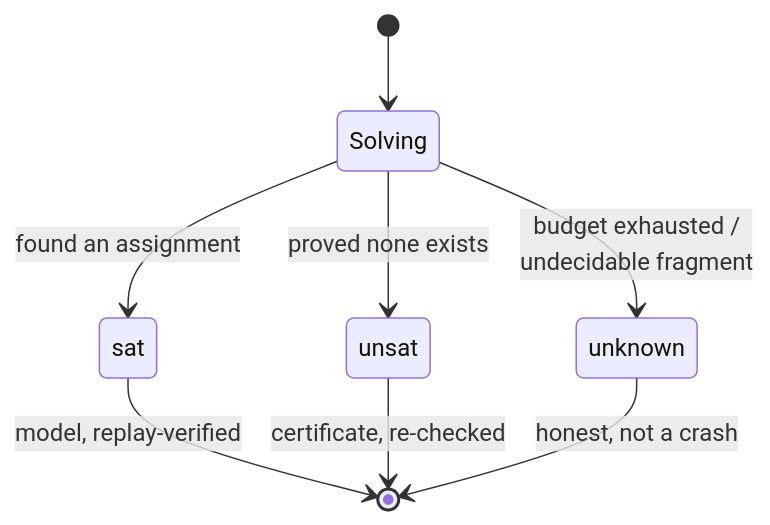
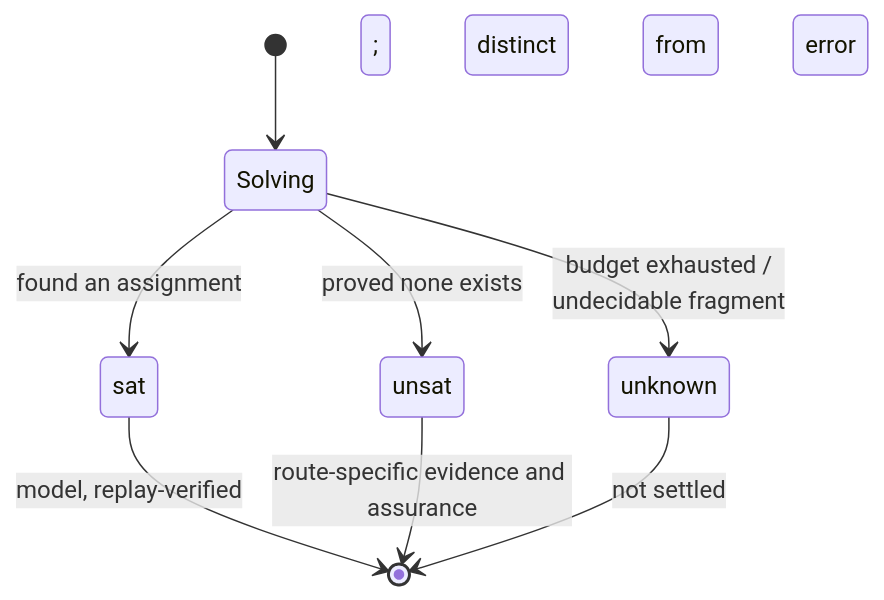
One commit to mjbommar/axeyum changed the first of 2 diagrams in docs/learn/05-models-unsat-and-unknown.md. Above: the diagram before and after it, drawn with Mermaid. The commit also changed other lines of this file and 4 other files, not shown here.

````diff
--- a/docs/learn/05-models-unsat-and-unknown.md
+++ b/docs/learn/05-models-unsat-and-unknown.md
@@ -6,10 +6,10 @@
 ```mermaid
 stateDiagram-v2
     [*] --> Solving
     Solving --> sat: found an assignment
     Solving --> unsat: proved none exists
     Solving --> unknown: budget exhausted /<br/>undecidable fragment
     sat --> [*]: model, replay-verified
-    unsat --> [*]: certificate, re-checked
-    unknown --> [*]: honest, not a crash
+    unsat --> [*]: route-specific evidence and assurance
+    unknown --> [*]: not settled; distinct from error
 ```
````
